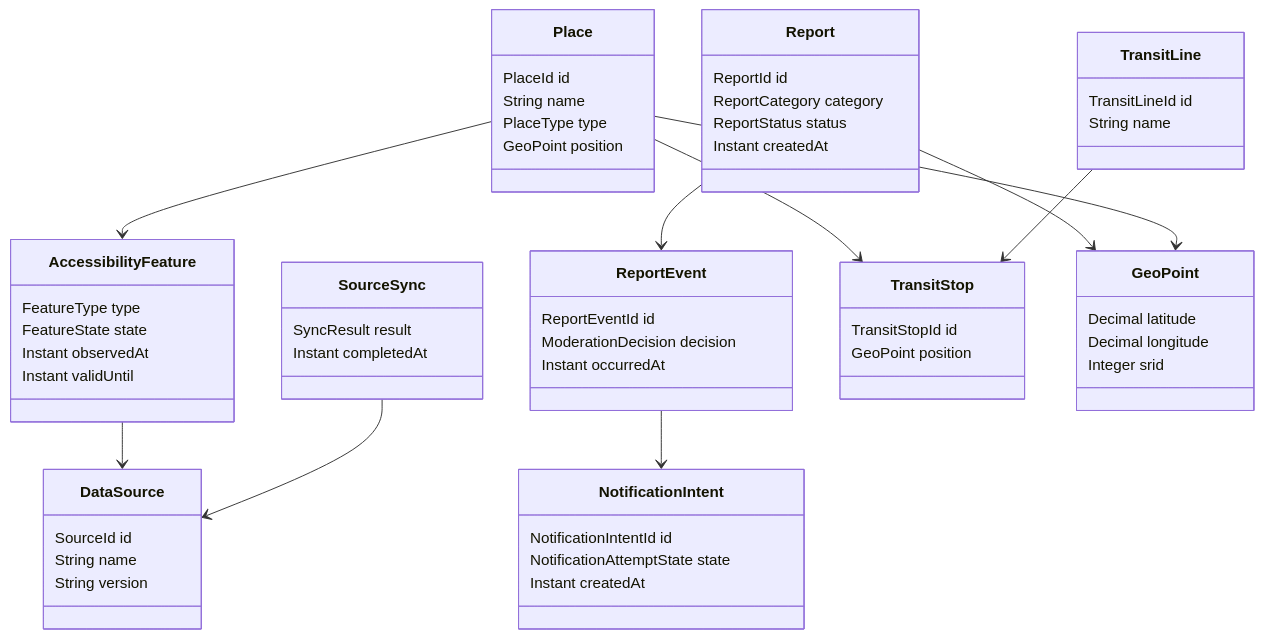
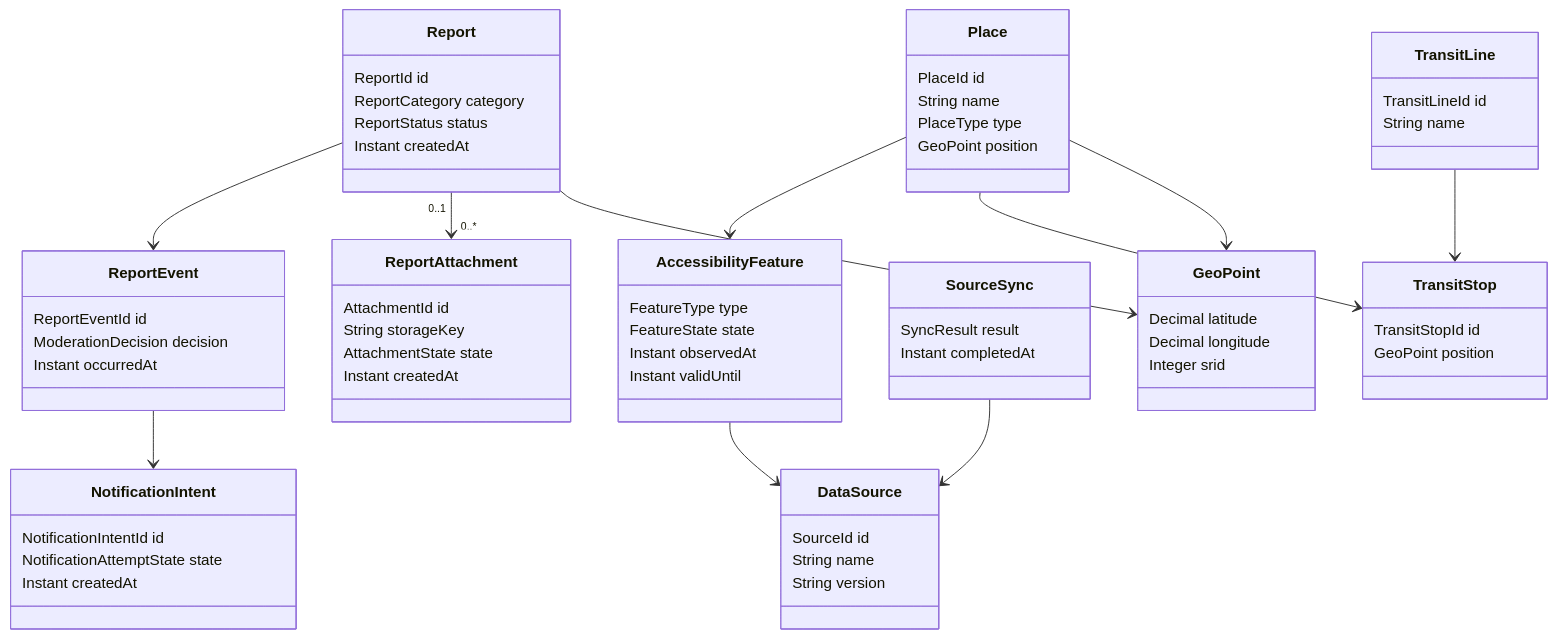
Before and after one commit to andreaplini/aegis: the second of 9 diagrams in docs/RAD.md, drawn with Mermaid. The commit also changed other lines of this file and 5 other files, not shown here.

````diff
--- a/docs/RAD.md
+++ b/docs/RAD.md
@@ -372,63 +376,70 @@
 ```mermaid
 classDiagram
   accDescr: Relazioni concettuali tra luoghi, caratteristiche, segnalazioni, eventi, intenzioni di notifica e fonti.
   class Place {
     PlaceId id
     String name
     PlaceType type
     GeoPoint position
   }
   class AccessibilityFeature {
     FeatureType type
     FeatureState state
     Instant observedAt
     Instant validUntil
   }
   class Report {
     ReportId id
     ReportCategory category
     ReportStatus status
     Instant createdAt
   }
   class ReportEvent {
     ReportEventId id
     ModerationDecision decision
     Instant occurredAt
+  }
+  class ReportAttachment {
+    AttachmentId id
+    String storageKey
+    AttachmentState state
+    Instant createdAt
   }
   class NotificationIntent {
     NotificationIntentId id
     NotificationAttemptState state
     Instant createdAt
   }
   class DataSource {
     SourceId id
     String name
     String version
   }
   class SourceSync {
     SyncResult result
     Instant completedAt
   }
   class TransitLine {
     TransitLineId id
     String name
   }
   class TransitStop {
     TransitStopId id
     GeoPoint position
   }
   class GeoPoint {
     Decimal latitude
     Decimal longitude
     Integer srid
   }
   Place --> AccessibilityFeature
   Place --> TransitStop
   TransitLine --> TransitStop
   Report --> ReportEvent
+  Report "0..1" --> "0..*" ReportAttachment
   ReportEvent --> NotificationIntent
   Report --> GeoPoint
   Place --> GeoPoint
   AccessibilityFeature --> DataSource
   SourceSync --> DataSource
 ```
````
